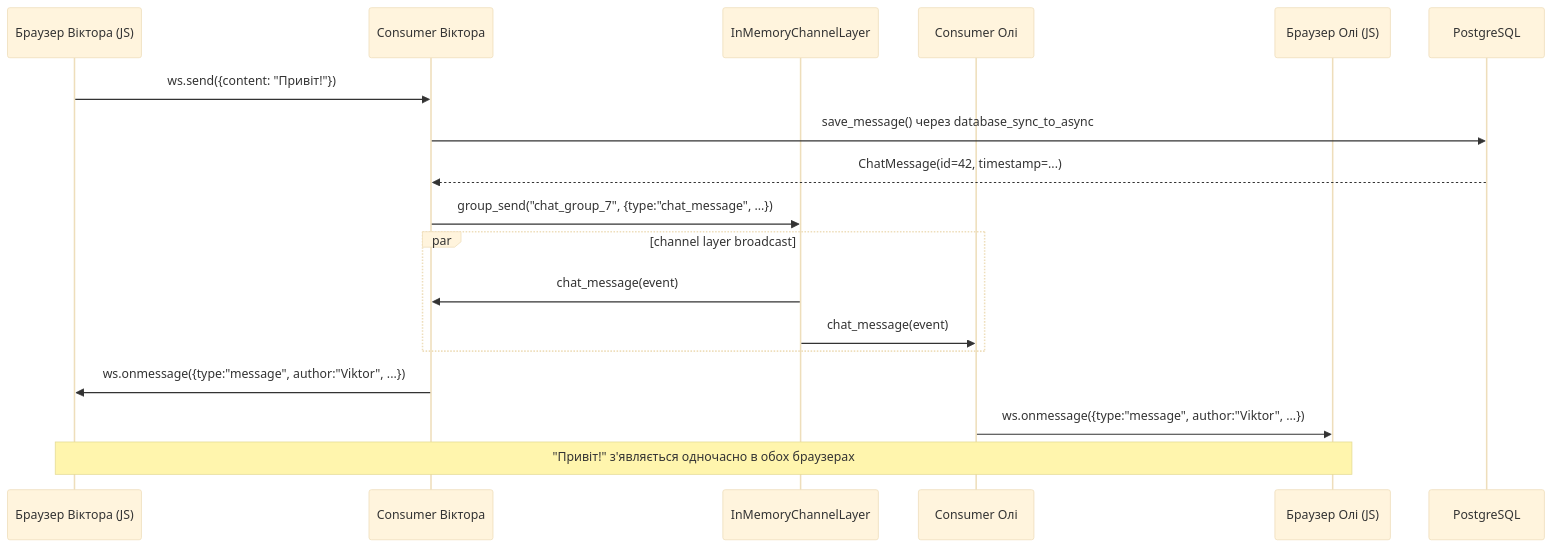
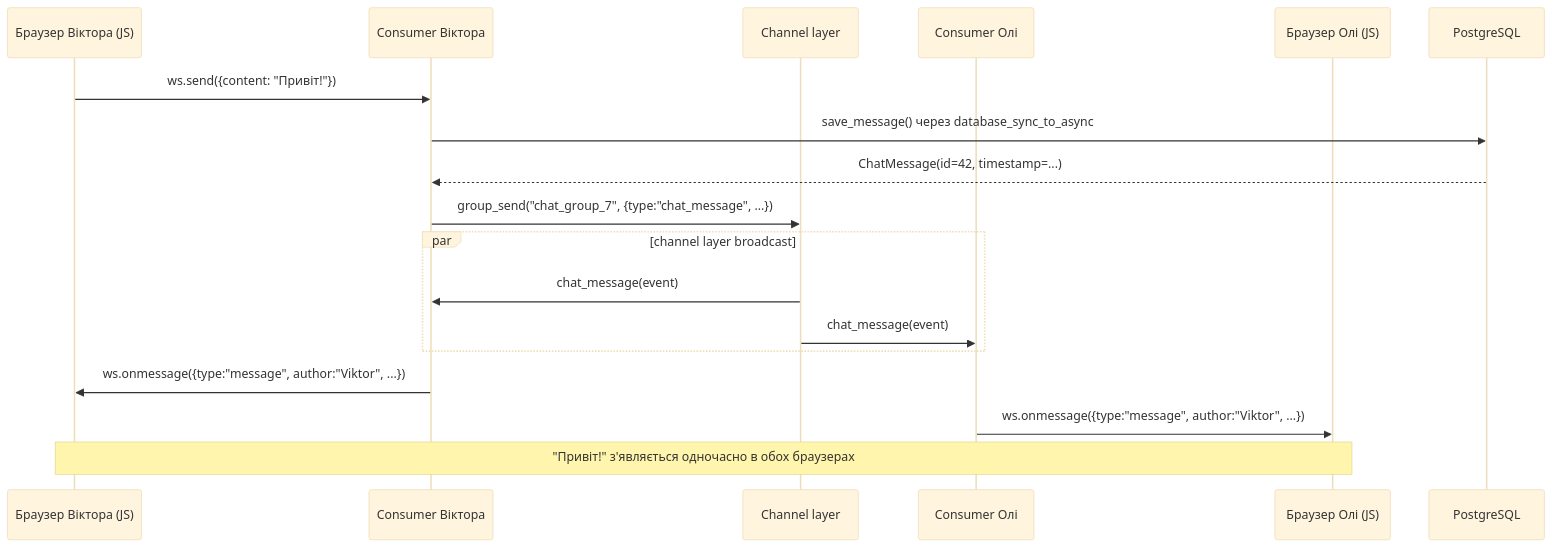
One commit to NikoriakViktot/notes_chat_app changed the diagram in docs/tutorials/07_async_django/7b_consumer.md. Above: the diagram before and after it, drawn with Mermaid (base theme). The commit also changed other lines of this file and 441 other files, not shown here.

First line of the commit message:
Add English version of the book, Mermaid standard, docs fixes

````diff
--- a/docs/tutorials/07_async_django/7b_consumer.md
+++ b/docs/tutorials/07_async_django/7b_consumer.md
@@ -407,21 +418,21 @@
 ```mermaid
 sequenceDiagram
     participant Viktor_JS as Браузер Віктора (JS)
     participant Viktor_WS as Consumer Віктора
-    participant ChannelLayer as InMemoryChannelLayer
+    participant ChannelLayer as Channel layer
     participant Olya_WS as Consumer Олі
     participant Olya_JS as Браузер Олі (JS)
     participant DB as PostgreSQL
 
     Viktor_JS->>Viktor_WS: ws.send({content: "Привіт!"})
     Viktor_WS->>DB: save_message() через database_sync_to_async
     DB-->>Viktor_WS: ChatMessage(id=42, timestamp=...)
     Viktor_WS->>ChannelLayer: group_send("chat_group_7", {type:"chat_message", ...})
     par channel layer broadcast
         ChannelLayer->>Viktor_WS: chat_message(event)
         ChannelLayer->>Olya_WS: chat_message(event)
     end
     Viktor_WS->>Viktor_JS: ws.onmessage({type:"message", author:"Viktor", ...})
     Olya_WS->>Olya_JS: ws.onmessage({type:"message", author:"Viktor", ...})
     Note over Viktor_JS,Olya_JS: "Привіт!" з'являється одночасно в обох браузерах
 ```
````
